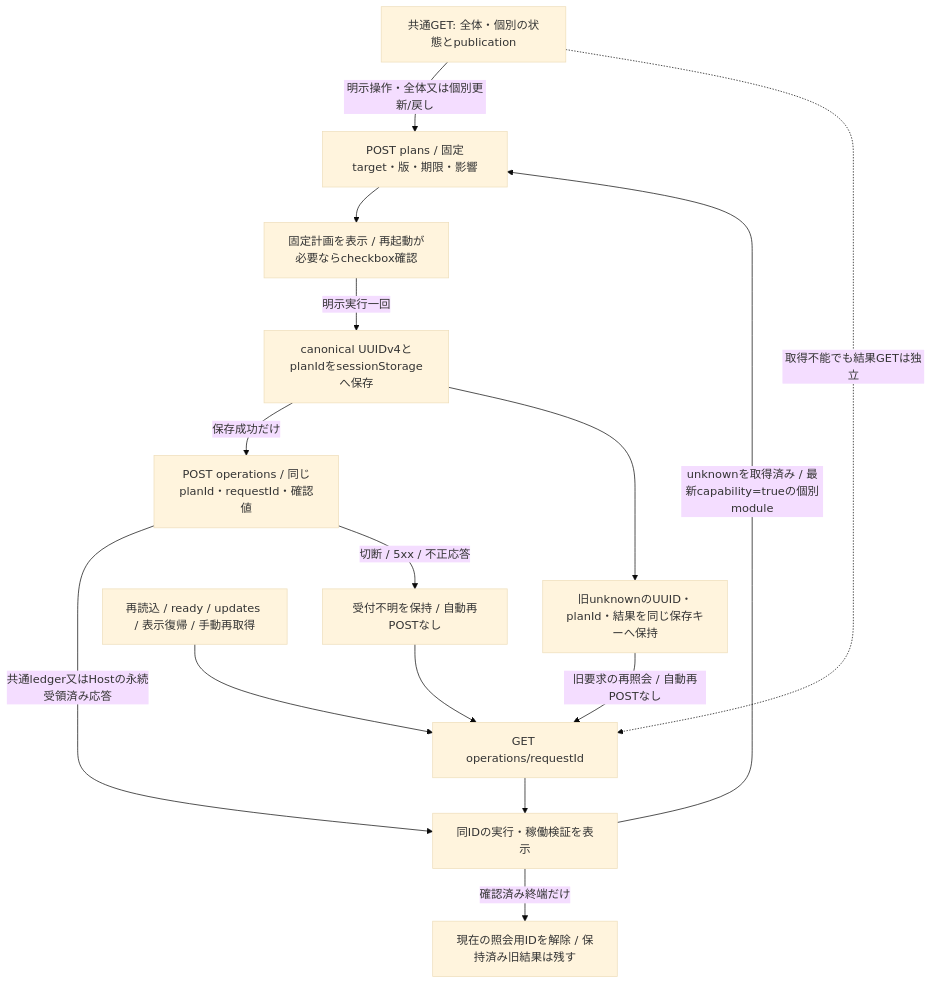
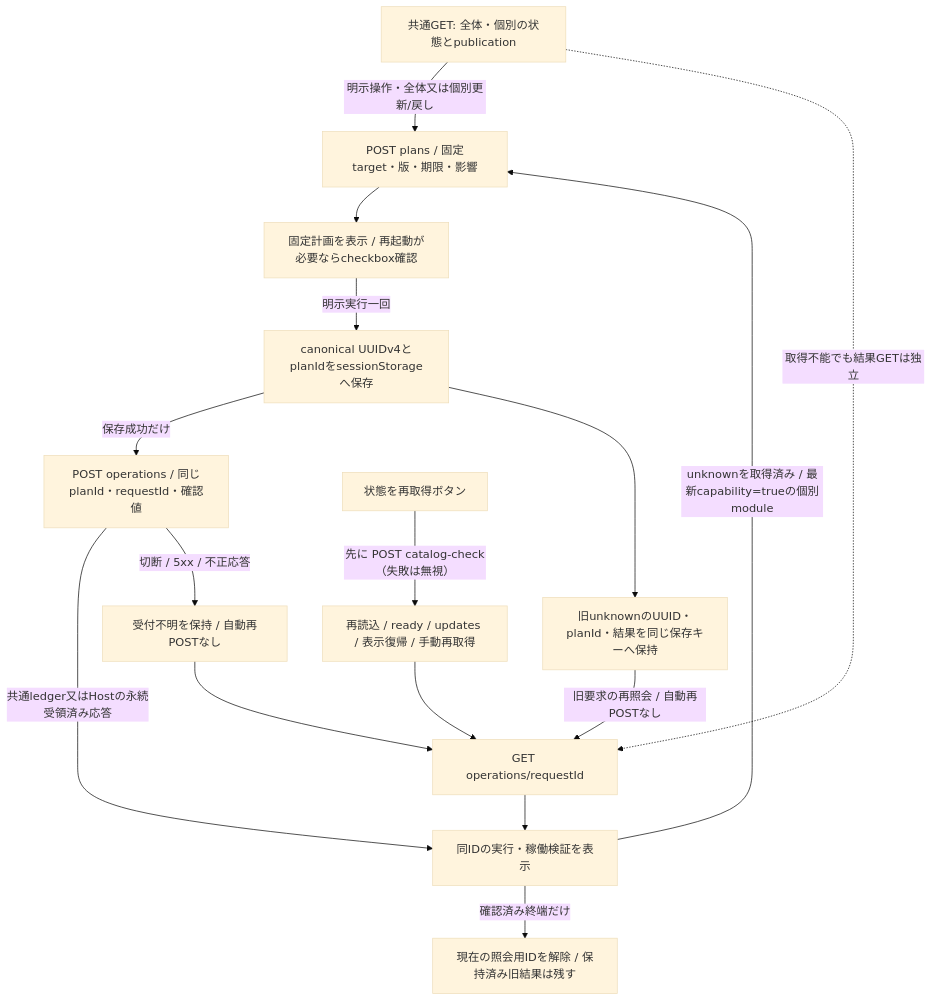
Before and after one commit to kitepon/BellTeam: the fifth of 7 diagrams in docs/architecture/modules/web/update-notice-design.md, drawn with Mermaid (base theme). The commit also changed 14 other files, not shown here.

First line of the commit message:
Run the official catalog check from the Update screen refresh button

````diff
--- a/docs/architecture/modules/web/update-notice-design.md
+++ b/docs/architecture/modules/web/update-notice-design.md
@@ -202,17 +202,18 @@
 ```mermaid
 flowchart TD
   Inventory["共通GET: 全体・個別の状態とpublication"] -->|"明示操作・全体又は個別更新/戻し"| Plan["POST plans / 固定target・版・期限・影響"]
   Plan --> Inspect["固定計画を表示 / 再起動が必要ならcheckbox確認"]
   Inspect -->|"明示実行一回"| Save["canonical UUIDv4とplanIdをsessionStorageへ保存"]
   Save -->|"保存成功だけ"| Start["POST operations / 同じplanId・requestId・確認値"]
   Start -->|"共通ledger又はHostの永続受領済み応答"| Result["同IDの実行・稼働検証を表示"]
   Start -->|"切断 / 5xx / 不正応答"| Unknown["受付不明を保持 / 自動再POSTなし"]
   Unknown --> Read["GET operations/requestId"]
   Reload["再読込 / ready / updates / 表示復帰 / 手動再取得"] --> Read
+  Manual["状態を再取得ボタン"] -->|"先に POST catalog-check（失敗は無視）"| Reload
   Read --> Result
   Inventory -.->|"取得不能でも結果GETは独立"| Read
   Result -->|"確認済み終端だけ"| Clear["現在の照会用IDを解除 / 保持済み旧結果は残す"]
   Result -->|"unknownを取得済み / 最新capability=trueの個別module"| Plan
   Save --> Keep["旧unknownのUUID・planId・結果を同じ保存キーへ保持"]
   Keep -->|"旧要求の再照会 / 自動再POSTなし"| Read
 ```
````
